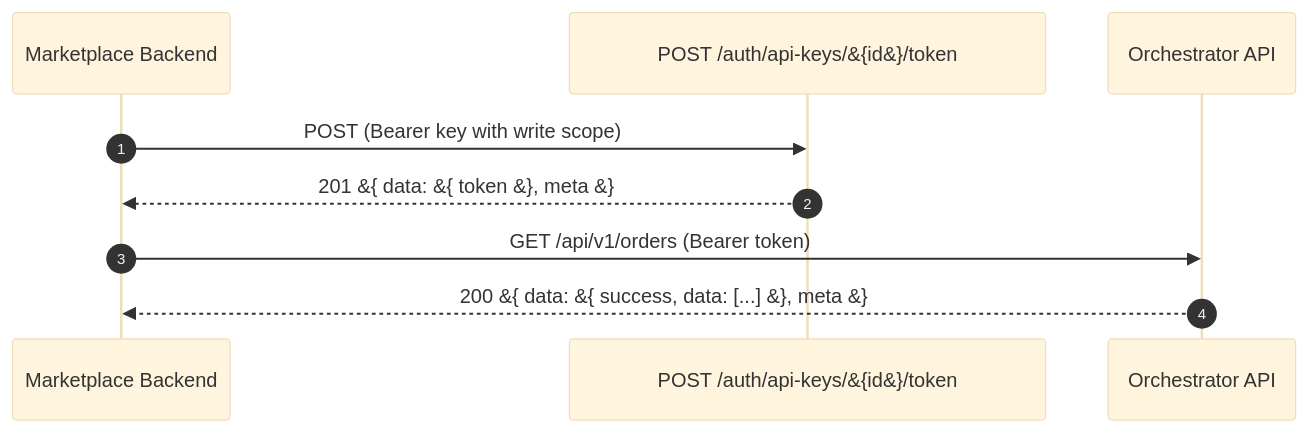
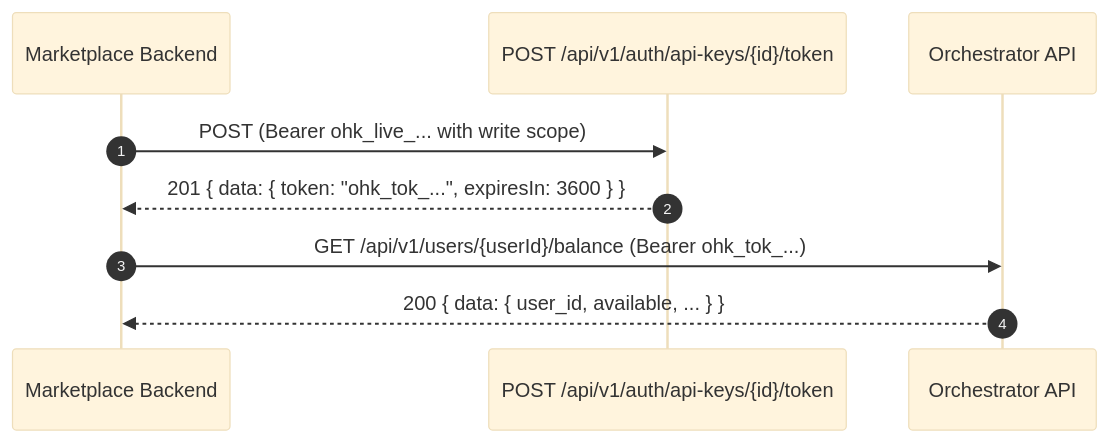
Before and after one commit to OFFER-HUB/offer-hub-monorepo: the diagram in content/docs/api-reference/overview.mdx, drawn with Mermaid (base theme). The commit also changed other lines of this file and 9 other files, not shown here.

````diff
--- a/content/docs/api-reference/overview.mdx
+++ b/content/docs/api-reference/overview.mdx
@@ -32,13 +45,13 @@
 ```mermaid
 sequenceDiagram
     accTitle: API key and token exchange
     accDescr: A marketplace backend exchanges a long-lived API key for a short-lived bearer token, then uses that token to call the Orchestrator.
     autonumber
     participant App as Marketplace Backend
-    participant Auth as POST /auth/api-keys/&#123;id&#125;/token
+    participant Auth as POST /api/v1/auth/api-keys/{id}/token
     participant API as Orchestrator API
-    App->>Auth: POST (Bearer key with write scope)
-    Auth-->>App: 201 &#123; data: &#123; token &#125;, meta &#125;
-    App->>API: GET /api/v1/orders (Bearer token)
-    API-->>App: 200 &#123; data: &#123; success, data: [...] &#125;, meta &#125;
+    App->>Auth: POST (Bearer ohk_live_... with write scope)
+    Auth-->>App: 201 { data: { token: "ohk_tok_...", expiresIn: 3600 } }
+    App->>API: GET /api/v1/users/{userId}/balance (Bearer ohk_tok_...)
+    API-->>App: 200 { data: { user_id, available, ... } }
 ```
````
